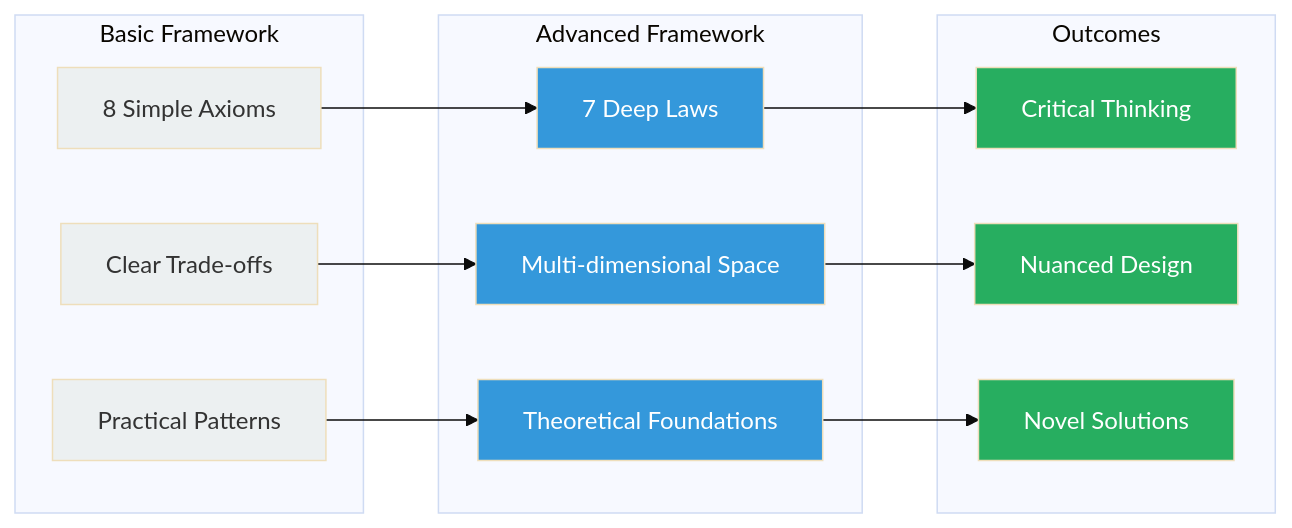
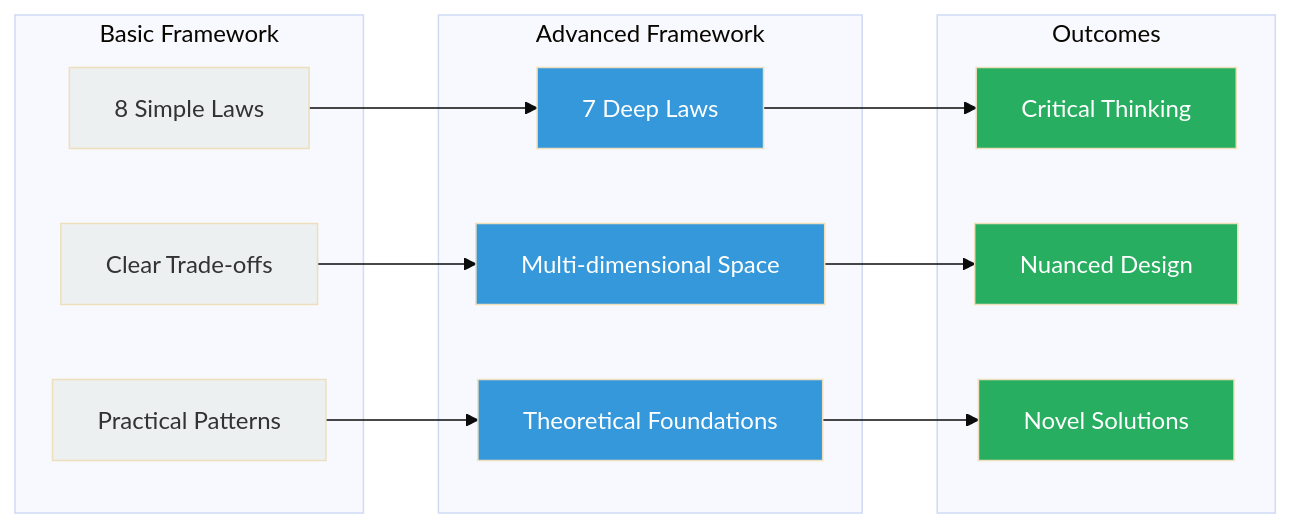
The second of 2 diagrams in docs/part1-axioms/index.md (deepaucksharma/DStudio), drawn with Mermaid (base theme) before and after one commit. The commit also changed other lines of this file and 470 other files, not shown here.

````diff
--- a/docs/part1-axioms/index.md
+++ b/docs/part1-axioms/index.md
@@ -211,38 +211,38 @@
 ```mermaid
 graph LR
     subgraph "Basic Framework"
-        B1[8 Simple Axioms]
+        B1[8 Simple Laws]
         B2[Clear Trade-offs]
         B3[Practical Patterns]
     end
     
     subgraph "Advanced Framework"
         A1[7 Deep Laws]
         A2[Multi-dimensional Space]
         A3[Theoretical Foundations]
     end
     
     subgraph "Outcomes"
         O1[Critical Thinking]
         O2[Nuanced Design]
         O3[Novel Solutions]
     end
     
     B1 --> A1
     B2 --> A2
     B3 --> A3
     
     A1 --> O1
     A2 --> O2
     A3 --> O3
     
     style B1 fill:#ecf0f1
     style B2 fill:#ecf0f1
     style B3 fill:#ecf0f1
     style A1 fill:#3498db,color:#fff
     style A2 fill:#3498db,color:#fff
     style A3 fill:#3498db,color:#fff
     style O1 fill:#27ae60,color:#fff
     style O2 fill:#27ae60,color:#fff
     style O3 fill:#27ae60,color:#fff
 ```
````
